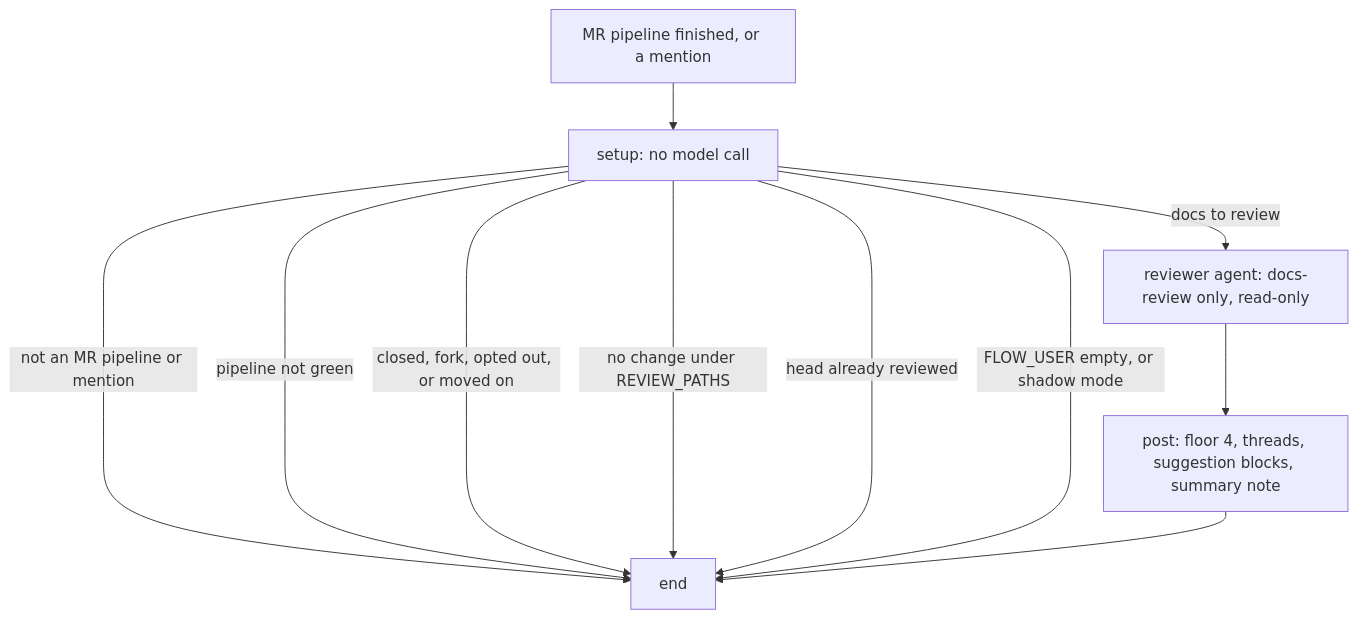
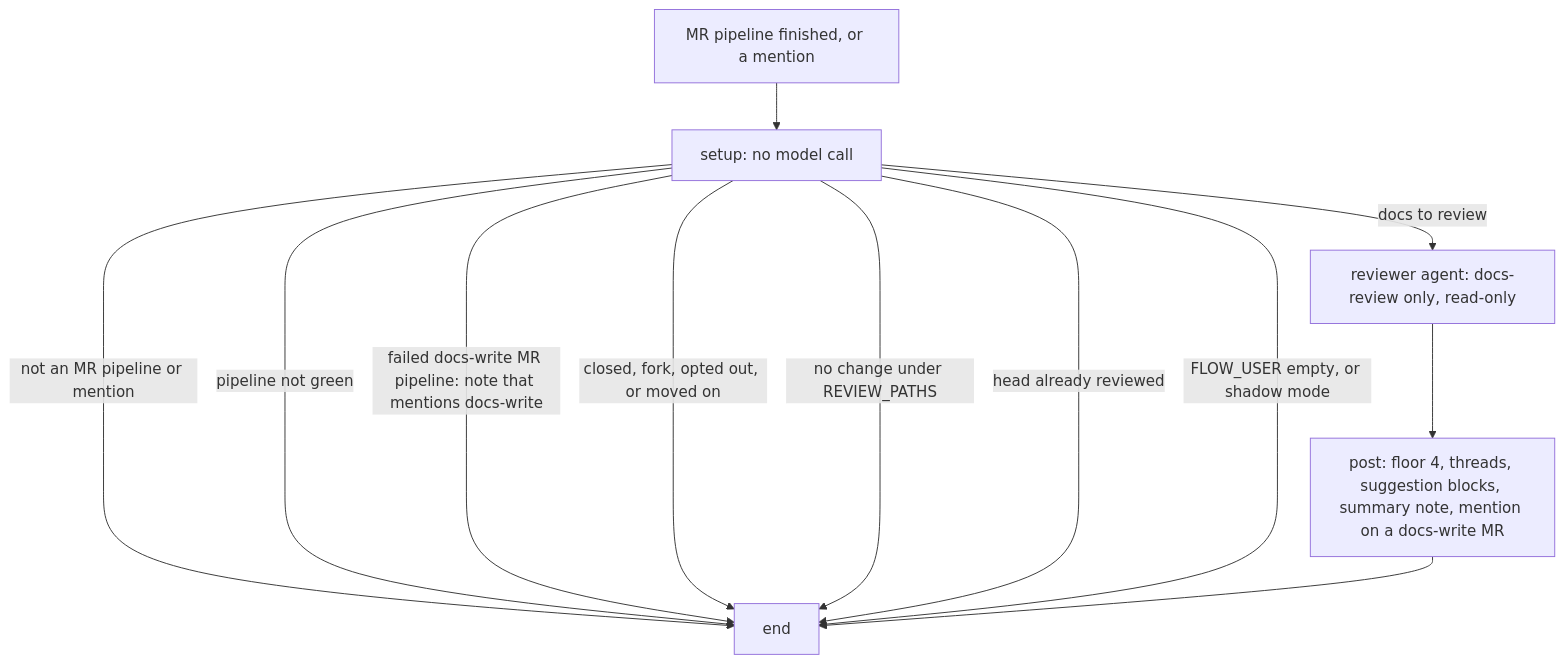
The second of 3 diagrams in .gitlab/duo/catalog/flows/README.md (gitlabhq/orbit-knowledge-graph), drawn with Mermaid before and after one commit. The commit also changed other lines of this file and 2 other files, not shown here.

First line of the commit message:
feat(duo): chain docs-write and docs-review runs by event

````diff
--- a/.gitlab/duo/catalog/flows/README.md
+++ b/.gitlab/duo/catalog/flows/README.md
@@ -125,13 +142,14 @@
 ```mermaid
 flowchart TD
   T[MR pipeline finished, or a mention] --> S[setup: no model call]
   S -->|not an MR pipeline or mention| E[end]
   S -->|pipeline not green| E
+  S -->|failed docs-write MR pipeline: note that mentions docs-write| E
   S -->|closed, fork, opted out, or moved on| E
   S -->|no change under REVIEW_PATHS| E
   S -->|head already reviewed| E
   S -->|FLOW_USER empty, or shadow mode| E
   S -->|docs to review| R[reviewer agent: docs-review only, read-only]
-  R --> P[post: floor 4, threads, suggestion blocks, summary note]
+  R --> P[post: floor 4, threads, suggestion blocks, summary note, mention on a docs-write MR]
   P --> E
 ```
````
